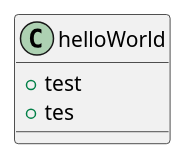
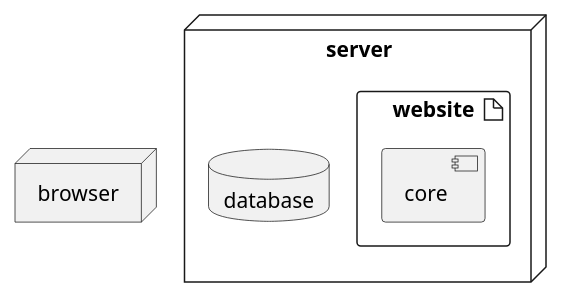
The diagram in Diagrams/SoftwareArchitectureDocument/Systeem_overview.puml (Jelmergu/ReddingsbrigadeDeventerDocs), drawn with PlantUML before and after one commit. The commit also changed 1 other file, not shown here.

```diff
--- a/Diagrams/SoftwareArchitectureDocument/Systeem_overview.puml
+++ b/Diagrams/SoftwareArchitectureDocument/Systeem_overview.puml
@@ -1,7 +1,15 @@
 @startuml
 
-class helloWorld {
-    +test
-    +tes
+node browser
+node server {
+    artifact website {
+        component core
+
+    }
+    database database
 }
+
+
+
+
 @enduml
```
